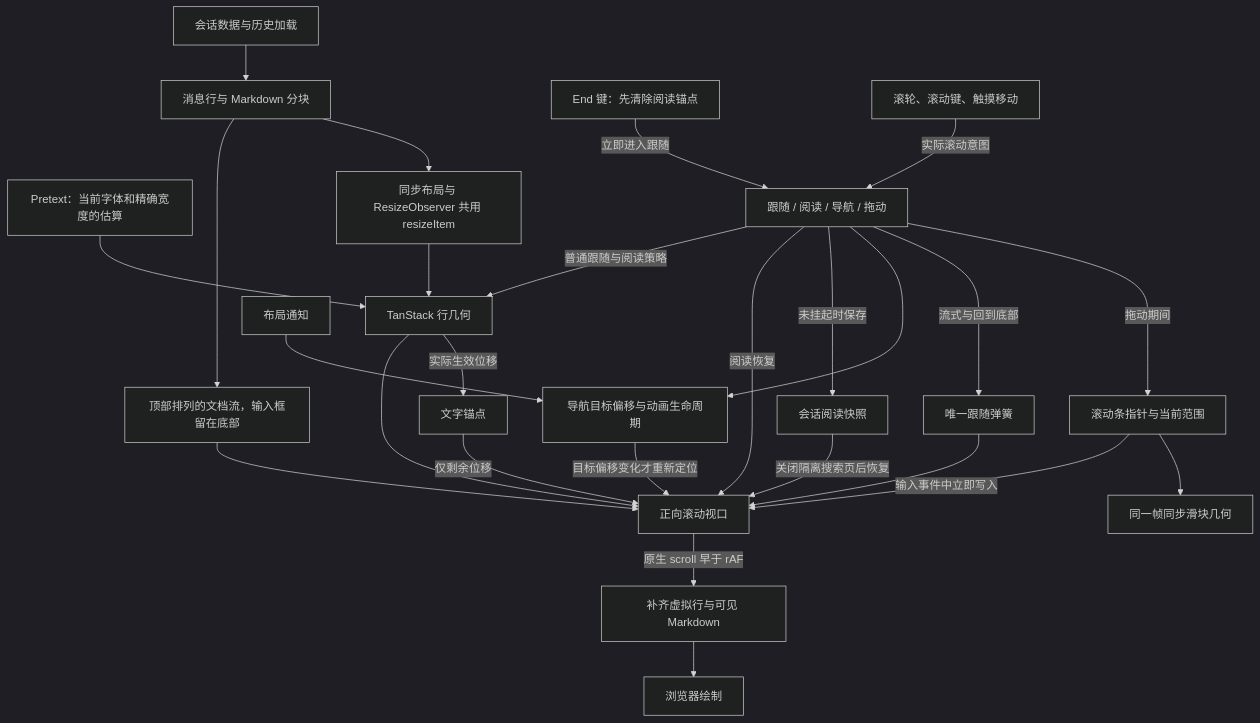
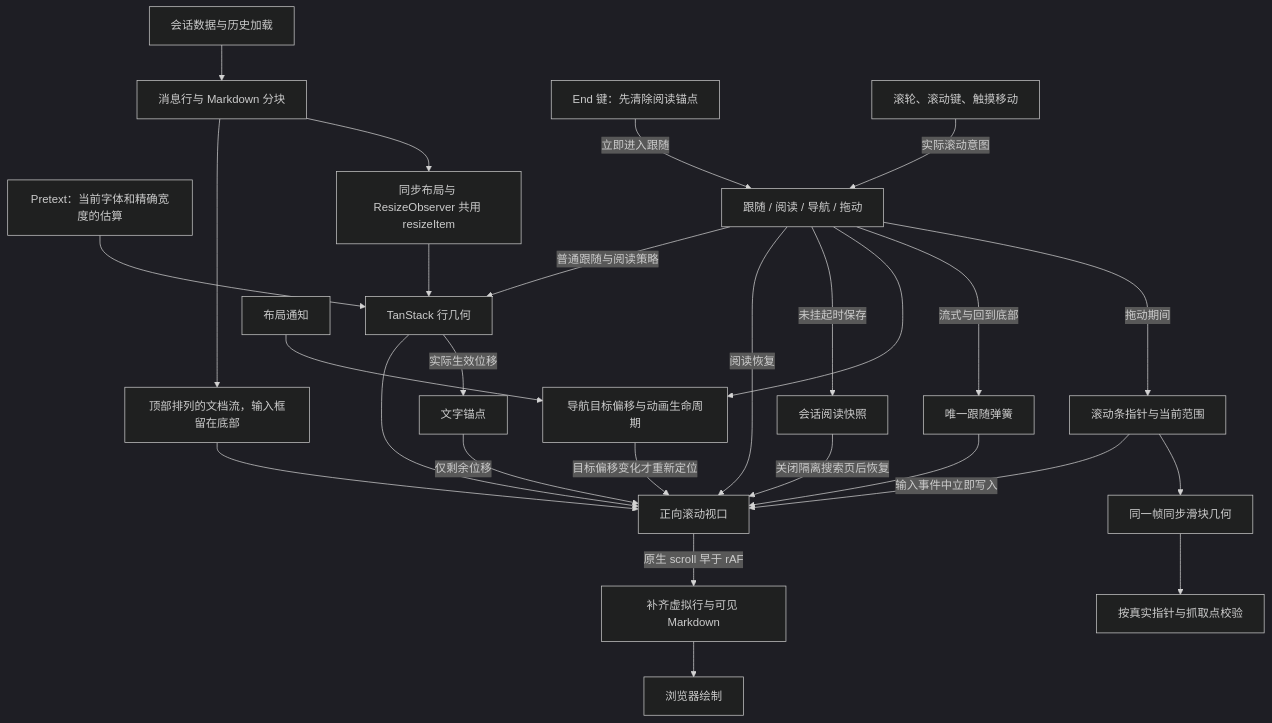
One commit to wecode-ai/Wegent changed the diagram in docs/zh/wegent/developer-guide/wework-message-scroll.md. Above: the diagram before and after it, drawn with Mermaid (dark theme). The commit also changed other lines of this file and 4 other files, not shown here.

````diff
--- a/docs/zh/wegent/developer-guide/wework-message-scroll.md
+++ b/docs/zh/wegent/developer-guide/wework-message-scroll.md
@@ -9,28 +9,29 @@
 ```mermaid
 flowchart TD
   Messages[会话数据与历史加载] --> Rows[消息行与 Markdown 分块]
   Rows --> Flow[顶部排列的文档流，输入框留在底部]
   Flow --> Viewport
   Pretext[Pretext：当前字体和精确宽度的估算] --> Engine[TanStack 行几何]
   Rows --> Measure[同步布局与 ResizeObserver 共用 resizeItem]
   Measure --> Engine
   Engine --> Viewport[正向滚动视口]
   Controller[跟随 / 阅读 / 导航 / 拖动] -->|普通跟随与阅读策略| Engine
   End[End 键：先清除阅读锚点] -->|立即进入跟随| Controller
   Input[滚轮、滚动键、触摸移动] -->|实际滚动意图| Controller
   Controller -->|阅读恢复| Viewport
   Controller -->|未挂起时保存| Snapshot[会话阅读快照]
   Snapshot -->|关闭隔离搜索页后恢复| Viewport
   Controller --> Navigation[导航目标偏移与动画生命周期]
   Layout[布局通知] --> Navigation
   Navigation -->|目标偏移变化才重新定位| Viewport
   Controller -->|流式与回到底部| Spring[唯一跟随弹簧]
   Controller -->|拖动期间| Pointer[滚动条指针与当前范围]
   Pointer -->|输入事件中立即写入| Viewport
   Pointer --> Thumb[同一帧同步滑块几何]
+  Thumb --> Check[按真实指针与抓取点校验]
   Viewport -->|原生 scroll 早于 rAF| Coverage[补齐虚拟行与可见 Markdown]
   Coverage --> Paint[浏览器绘制]
   Engine -->|实际生效位移| TextAnchor[文字锚点]
   TextAnchor -->|仅剩余位移| Viewport
   Spring --> Viewport
 ```
````
